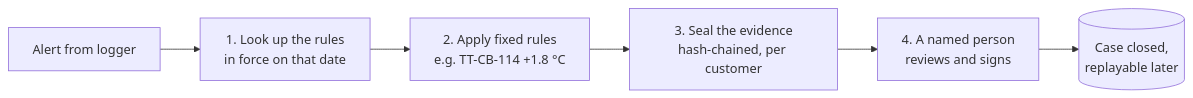
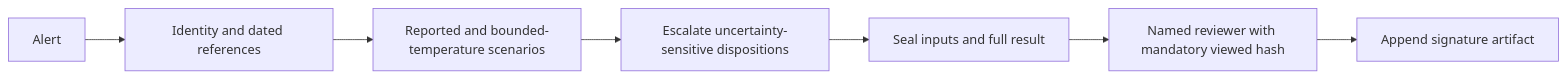
Before and after one commit to Zulfiqar7862/kestrel-adjudication-case-study: the first of 6 diagrams in docs/case-study.md, drawn with Mermaid. The commit also changed other lines of this file and 31 other files, not shown here.

Commit message:
Fix uncertainty adjudication, evidence binding and immutable-input replay

````diff
--- a/docs/case-study.md
+++ b/docs/case-study.md
@@ -30,8 +16,9 @@
 ```mermaid
 flowchart LR
-    A[Alert from logger] --> B[1. Look up the rules<br/>in force on that date]
-    B --> C[2. Apply fixed rules<br/>e.g. TT-CB-114 +1.8 °C]
-    C --> D[3. Seal the evidence<br/>hash-chained, per customer]
-    D --> E[4. A named person<br/>reviews and signs]
-    E --> F[(Case closed,<br/>replayable later)]
+    A[Alert] --> B[Identity and dated references]
+    B --> C[Reported and bounded-temperature scenarios]
+    C --> D[Escalate uncertainty-sensitive dispositions]
+    D --> E[Seal inputs and full result]
+    E --> F[Named reviewer with mandatory viewed hash]
+    F --> G[Append signature artifact]
 ```
````
